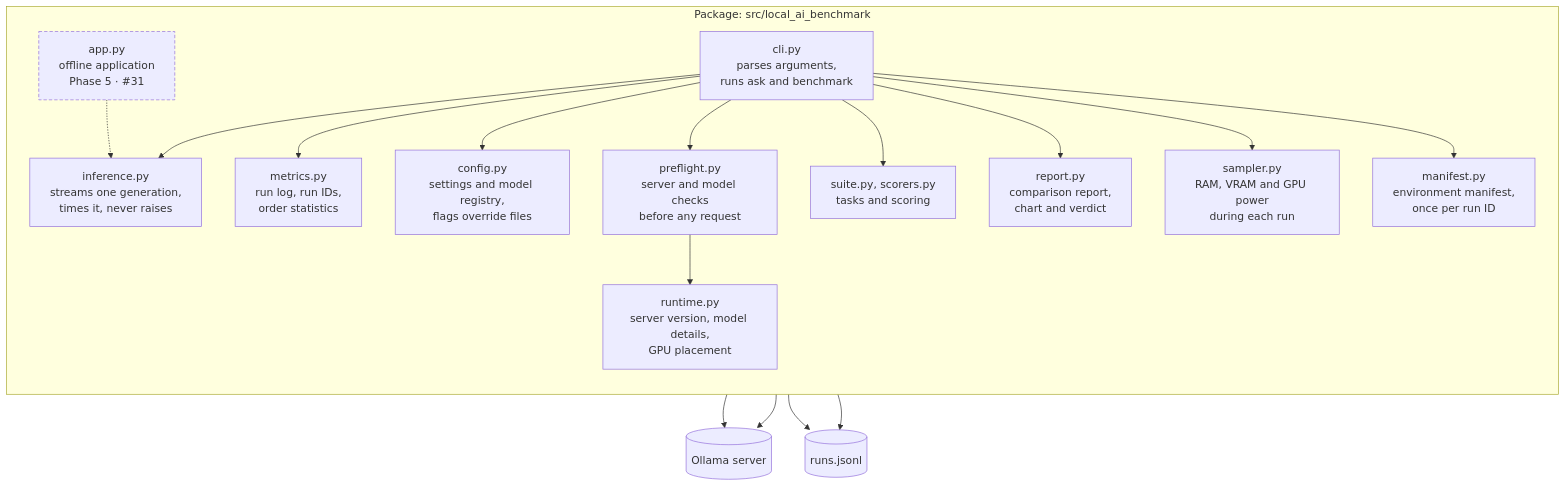
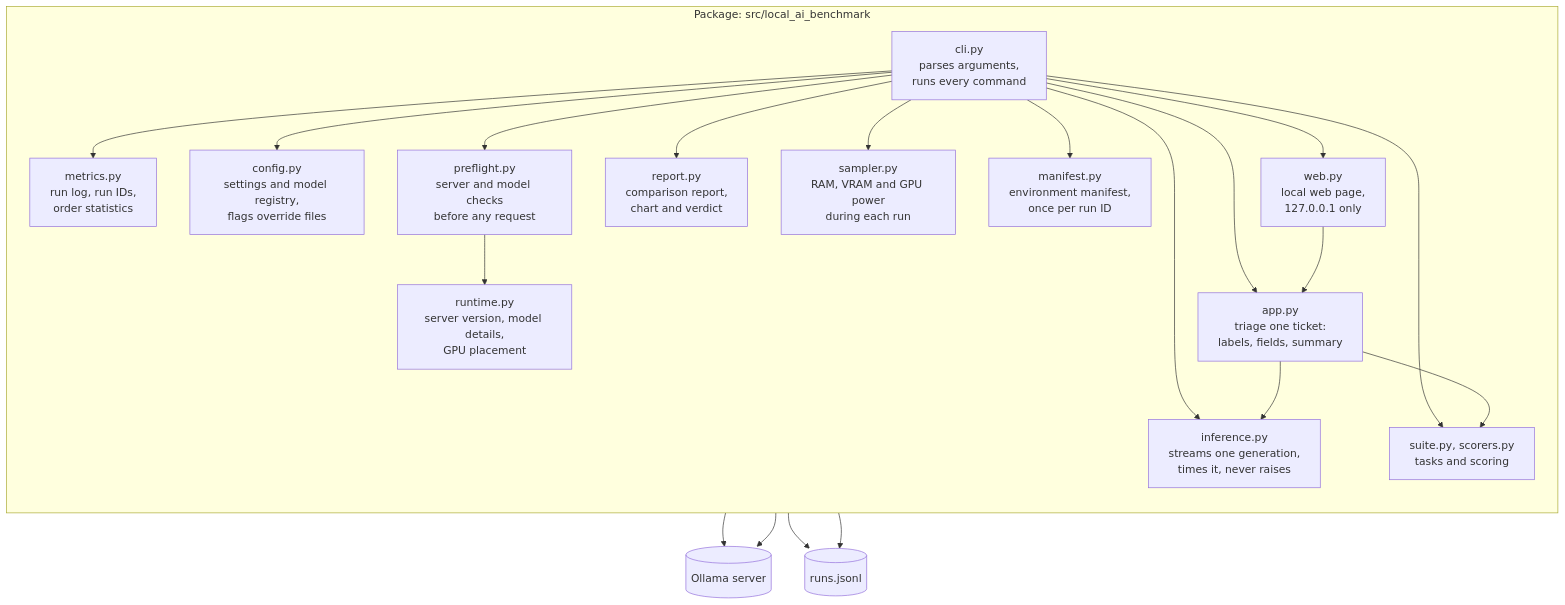
One commit to saicharan-nidiganti/local-ai-benchmark changed the second of 3 diagrams in docs/architecture.md. Above: the diagram before and after it, drawn with Mermaid. The commit also changed other lines of this file and 12 other files, not shown here.

First line of the commit message:
feat: the offline triage app, as a command and a local web page (#66)

````diff
--- a/docs/architecture.md
+++ b/docs/architecture.md
@@ -51,34 +50,38 @@
 ```mermaid
 flowchart TB
     subgraph pkg["Package: src/local_ai_benchmark"]
         direction TB
-        cli["cli.py<br/>parses arguments,<br/>runs ask and benchmark"]
+        cli["cli.py<br/>parses arguments,<br/>runs every command"]
         inference["inference.py<br/>streams one generation,<br/>times it, never raises"]
         metrics["metrics.py<br/>run log, run IDs,<br/>order statistics"]
         config["config.py<br/>settings and model registry,<br/>flags override files"]
         preflight["preflight.py<br/>server and model checks<br/>before any request"]
         runtimeq["runtime.py<br/>server version, model details,<br/>GPU placement"]
         manifest["manifest.py<br/>environment manifest,<br/>once per run ID"]
         sampler["sampler.py<br/>RAM, VRAM and GPU power<br/>during each run"]
         suite["suite.py, scorers.py<br/>tasks and scoring"]
         report["report.py<br/>comparison report,<br/>chart and verdict"]
-        app["app.py<br/>offline application<br/>Phase 5 · #31"]:::planned
+        app["app.py<br/>triage one ticket:<br/>labels, fields, summary"]
+        web["web.py<br/>local web page,<br/>127.0.0.1 only"]
     end
     ollama[("Ollama server")]
     log[("runs.jsonl")]
     cli --> inference
     cli --> metrics
     inference --> ollama
     metrics --> log
     cli --> config
     cli --> preflight
     preflight --> runtimeq
     runtimeq --> ollama
     cli --> suite
     cli --> report
     cli --> sampler
     cli --> manifest
     report --> log
-    app -.-> inference
-    classDef planned stroke-dasharray: 5 3
+    cli --> app
+    cli --> web
+    web --> app
+    app --> inference
+    app --> suite
 ```
````
